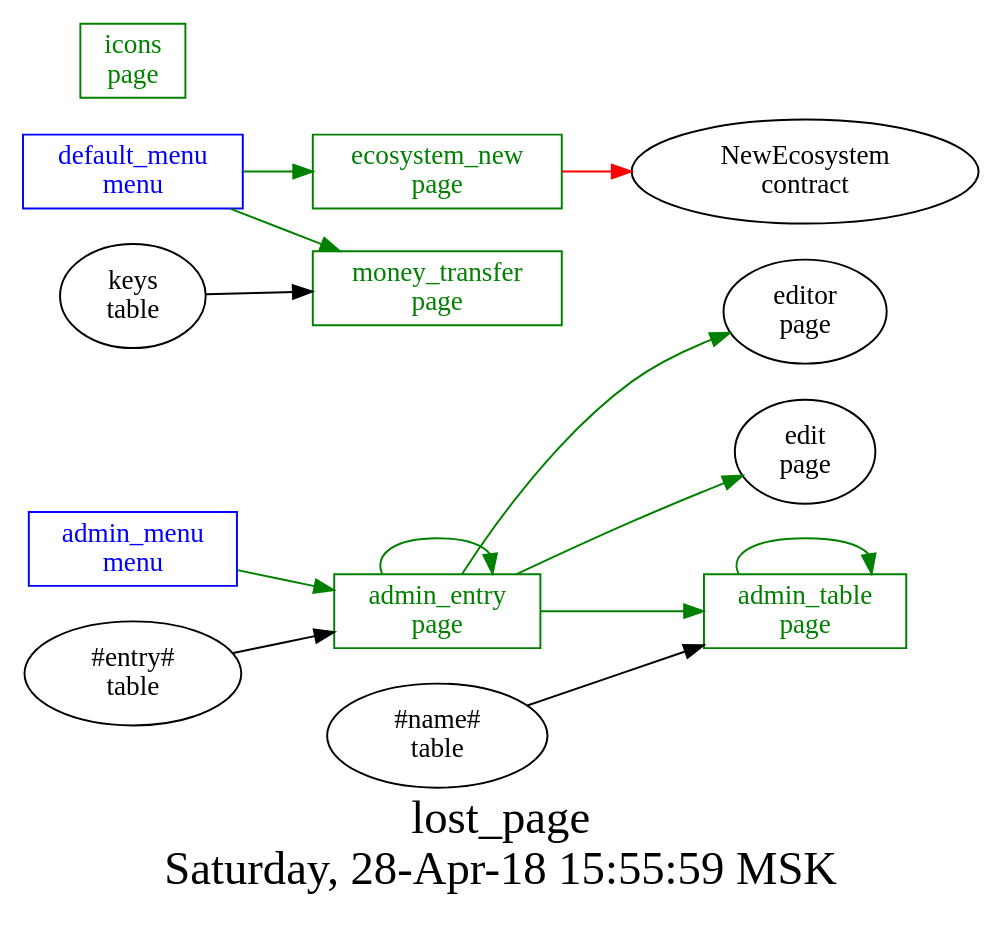
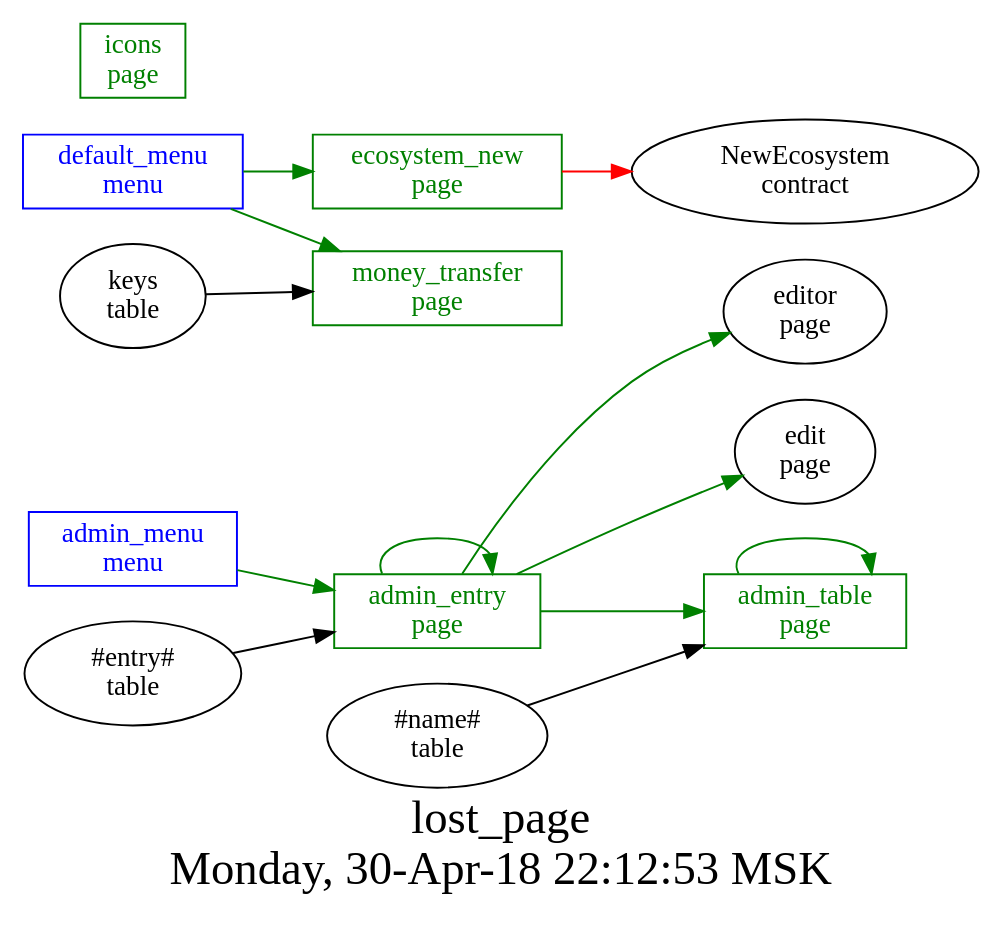
One commit to AplaProject/apps changed the diagram in src/lost_pages/struct.dot. Above: the diagram before and after it, drawn with Graphviz. The commit also changed 8 other files, not shown here.

```diff
--- a/src/lost_pages/struct.dot
+++ b/src/lost_pages/struct.dot
@@ -1,29 +1,29 @@
 digraph G {
 graph [
   fontsize="24";
-  label="lost_page\nSaturday, 28-Apr-18 15:55:59 MSK";
+  label="lost_page\nMonday, 30-Apr-18 22:12:53 MSK";
   nojustify=true;
   ordering=out;
   rankdir=LR;
   size="30";
 ];
 "admin_menu\nmenu" -> "admin_entry\npage"  [ color=green ]
 "admin_menu\nmenu" [color=blue, fontcolor=blue, group=menus, shape=record];
 "default_menu\nmenu" -> "ecosystem_new\npage"  [ color=green ]
 "default_menu\nmenu" -> "money_transfer\npage"  [ color=green ]
 "default_menu\nmenu" [color=blue, fontcolor=blue, group=menus, shape=record];
 "#entry#\ntable" -> "admin_entry\npage"  [ color="" ]
 "admin_entry\npage" -> "admin_entry\npage"  [ color=green ]
 "admin_entry\npage" -> "editor\npage"  [ color=green ]
 "admin_entry\npage" -> "edit\npage"  [ color=green ]
 "admin_entry\npage" -> "admin_table\npage"  [ color=green ]
 "admin_entry\npage" [color=green, fontcolor=green, group=pages, shape=record];
 "#name#\ntable" -> "admin_table\npage"  [ color="" ]
 "admin_table\npage" -> "admin_table\npage"  [ color=green ]
 "admin_table\npage" [color=green, fontcolor=green, group=pages, shape=record];
 "ecosystem_new\npage" -> "NewEcosystem\ncontract"  [ color=red ]
 "ecosystem_new\npage" [color=green, fontcolor=green, group=pages, shape=record];
 "icons\npage" [color=green, fontcolor=green, group=pages, shape=record];
 "keys\ntable" -> "money_transfer\npage"  [ color="" ]
 "money_transfer\npage" [color=green, fontcolor=green, group=pages, shape=record];
 }
```
